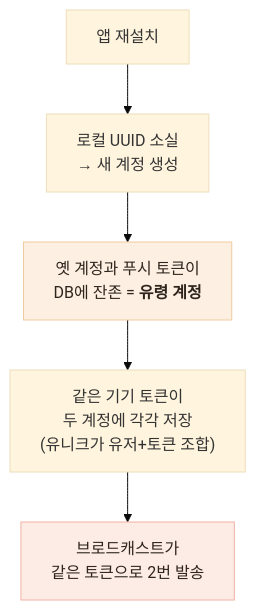
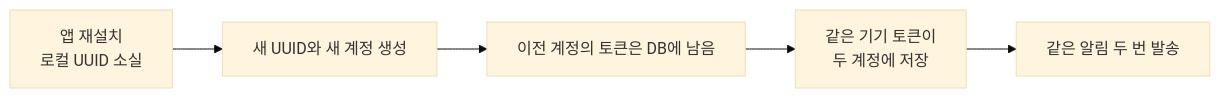
Before and after one commit to Jinacker/PortFolio: the diagram in public/mds/katsu-map/ts-3-push-dup.md, drawn with Mermaid (base theme). The commit also changed other lines of this file and 8 other files, not shown here.

````diff
--- a/public/mds/katsu-map/ts-3-push-dup.md
+++ b/public/mds/katsu-map/ts-3-push-dup.md
@@ -16,10 +20,7 @@
 ```mermaid
-flowchart TB
-    R["앱 재설치"] --> A["로컬 UUID 소실<br/>→ 새 계정 생성"]
-    A --> G["옛 계정과 푸시 토큰이<br/>DB에 잔존 = <b>유령 계정</b>"]
-    G --> K["같은 기기 토큰이<br/>두 계정에 각각 저장<br/>(유니크가 유저+토큰 조합)"]
-    K --> D["브로드캐스트가<br/>같은 토큰으로 2번 발송"]
-
-    style G fill:#FDF0E2,stroke:#EFCB9E,color:#2E251C
-    style D fill:#FDEBE6,stroke:#EFB4A3,color:#2E251C
+flowchart LR
+    A["앱 재설치<br/>로컬 UUID 소실"] --> B["새 UUID와 새 계정 생성"]
+    B --> C["이전 계정의 토큰은 DB에 남음"]
+    C --> D["같은 기기 토큰이<br/>두 계정에 저장"]
+    D --> E["같은 알림 두 번 발송"]
 ```
````
